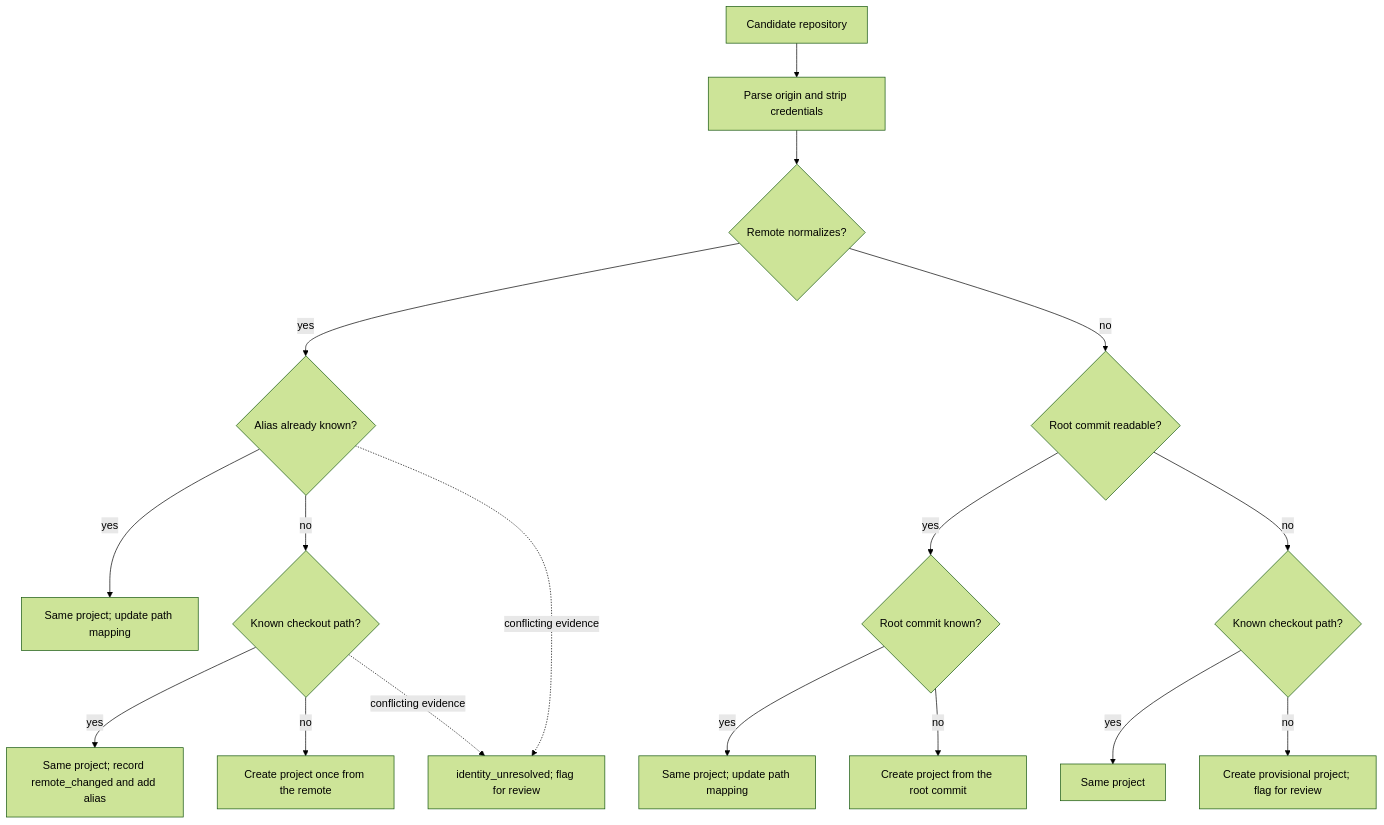
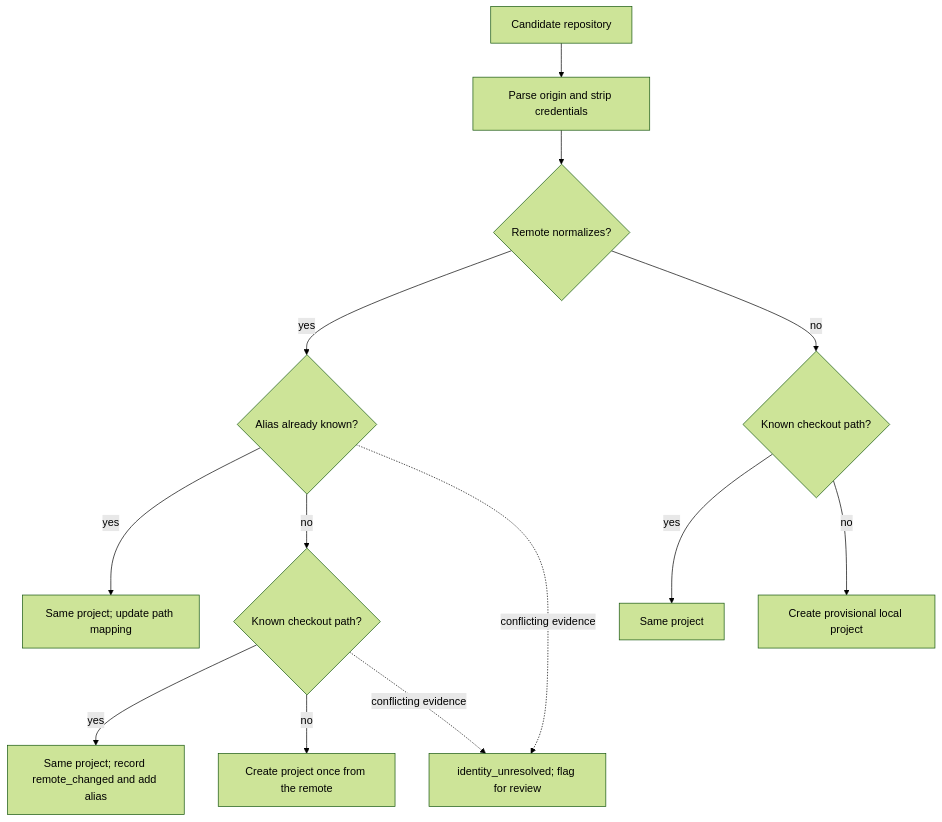
Before and after one commit to NikhilVijayakumar/Vyasa: the diagram in docs/requirements/project-identity/diagrams.md, drawn with Mermaid (forest theme). The commit also changed 8 other files, not shown here.

Commit message:
docs: treat a repository without a usable remote as a local project and drop root-commit identity

````diff
--- a/docs/requirements/project-identity/diagrams.md
+++ b/docs/requirements/project-identity/diagrams.md
@@ -8,19 +8,15 @@
 ```mermaid
 flowchart TD
   A[Candidate repository] --> B[Parse origin and strip credentials]
   B --> C{Remote normalizes?}
   C -- yes --> D{Alias already known?}
   D -- yes --> P1[Same project; update path mapping]
   D -- no --> E{Known checkout path?}
   E -- yes --> P2[Same project; record remote_changed and add alias]
   E -- no --> N1[Create project once from the remote]
-  C -- no --> F{Root commit readable?}
-  F -- yes --> G{Root commit known?}
-  G -- yes --> P3[Same project; update path mapping]
-  G -- no --> N2[Create project from the root commit]
-  F -- no --> H{Known checkout path?}
+  C -- no --> H{Known checkout path?}
   H -- yes --> P4[Same project]
-  H -- no --> N3[Create provisional project; flag for review]
+  H -- no --> N3[Create provisional local project]
   D -. conflicting evidence .-> U[identity_unresolved; flag for review]
   E -. conflicting evidence .-> U
 ```
````
